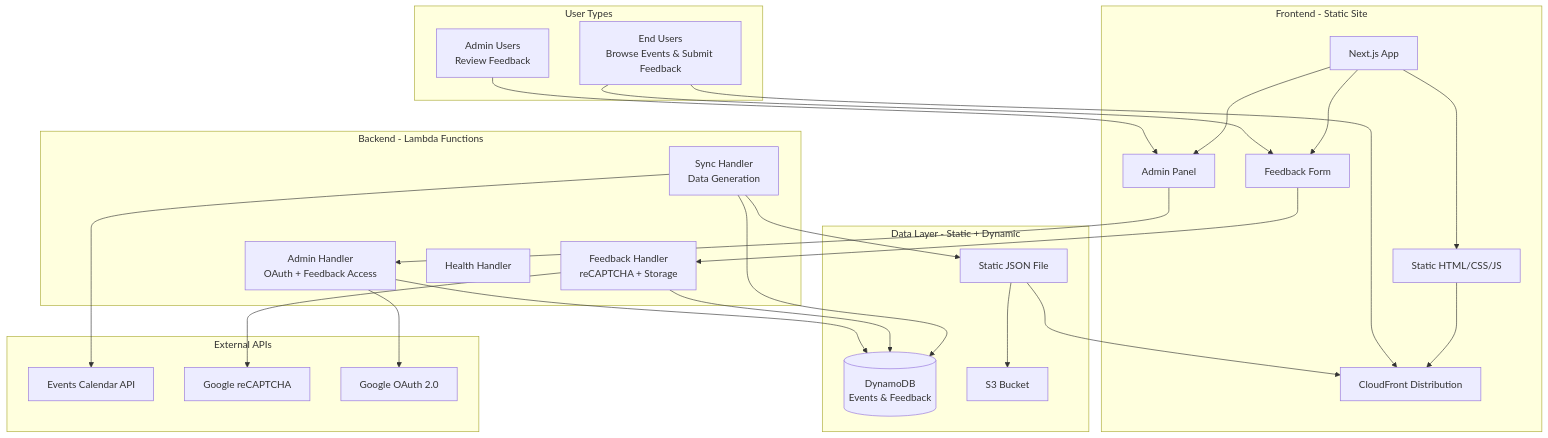
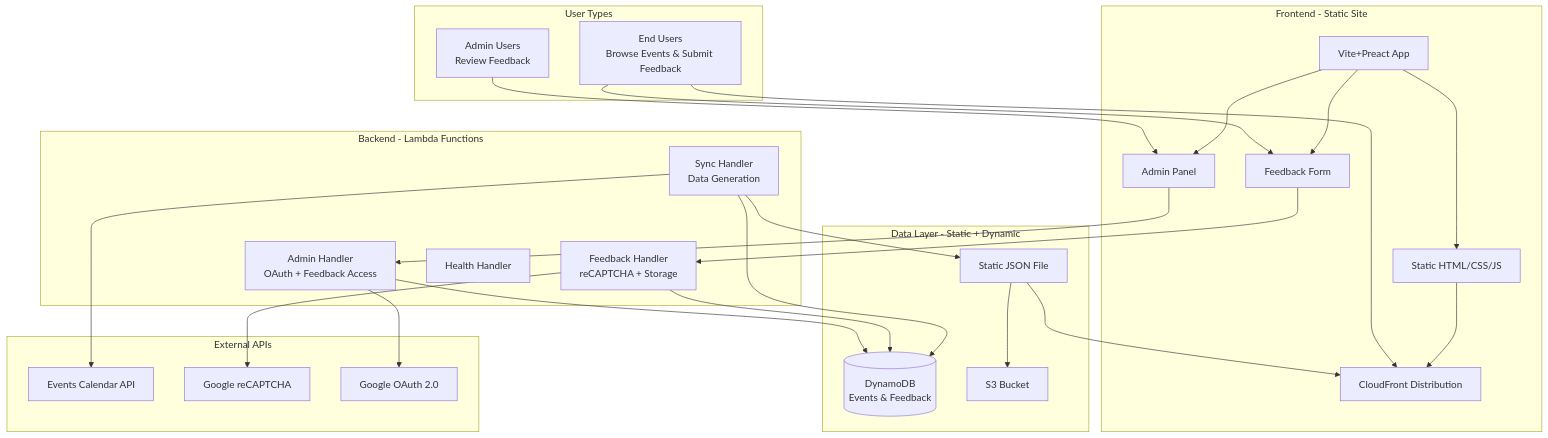
Before and after one commit to bbernstein/chq-calendar: the first of 3 diagrams in docs/DESIGN.md, drawn with Mermaid. The commit also changed other lines of this file and 22 other files, not shown here.

````diff
--- a/docs/DESIGN.md
+++ b/docs/DESIGN.md
@@ -26,54 +26,54 @@
 ```mermaid
 graph TB
     subgraph Users[User Types]
         EndUsers[End Users<br/>Browse Events & Submit Feedback]
         AdminUsers[Admin Users<br/>Review Feedback]
     end
 
     subgraph Frontend[Frontend - Static Site]
-        NextJS[Next.js App] --> StaticFiles[Static HTML/CSS/JS]
+        ViteApp[Vite+Preact App] --> StaticFiles[Static HTML/CSS/JS]
         StaticFiles --> CloudFront[CloudFront Distribution]
-        NextJS --> FeedbackForm[Feedback Form]
-        NextJS --> AdminPanel[Admin Panel]
+        ViteApp --> FeedbackForm[Feedback Form]
+        ViteApp --> AdminPanel[Admin Panel]
     end
 
     subgraph DataLayer[Data Layer - Static + Dynamic]
         StaticJSON[Static JSON File] --> CloudFront
         DynamoDB[(DynamoDB<br/>Events & Feedback)]
         S3[S3 Bucket]
         StaticJSON --> S3
     end
 
     subgraph Backend[Backend - Lambda Functions]
         SyncLambda[Sync Handler<br/>Data Generation]
         FeedbackLambda[Feedback Handler<br/>reCAPTCHA + Storage]
         AdminLambda[Admin Handler<br/>OAuth + Feedback Access]
         HealthLambda[Health Handler]
     end
 
     subgraph External[External APIs]
         EventsAPI[Events Calendar API]
         reCAPTCHA[Google reCAPTCHA]
         OAuth[Google OAuth 2.0]
     end
 
     %% Data flow
     SyncLambda --> EventsAPI
     SyncLambda --> DynamoDB
     SyncLambda --> StaticJSON
 
     %% User interactions
     EndUsers --> CloudFront
     EndUsers --> FeedbackForm
     AdminUsers --> AdminPanel
 
     %% Feedback flow
     FeedbackForm --> FeedbackLambda
     FeedbackLambda --> reCAPTCHA
     FeedbackLambda --> DynamoDB
 
     %% Admin flow
     AdminPanel --> AdminLambda
     AdminLambda --> OAuth
     AdminLambda --> DynamoDB
 ```
````
